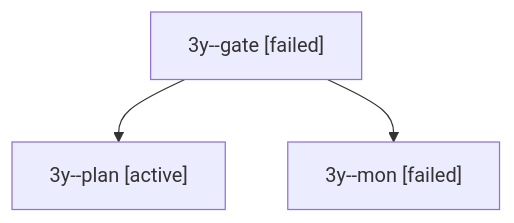
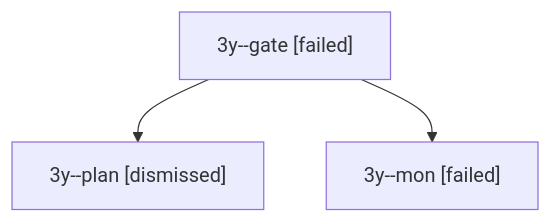
One commit to bobs-org/bob-cli--agents changed the diagram in sessions/bbugyi200.apollo.3y.md. Above: the diagram before and after it, drawn with Mermaid. The commit also changed other lines of this file and 48 other files, not shown here.

````diff
--- a/sessions/bbugyi200.apollo.3y.md
+++ b/sessions/bbugyi200.apollo.3y.md
@@ -9,8 +9,8 @@
 ```mermaid
 flowchart TD
   n0["3y--gate [failed]"]
-  n1["3y--plan [active]"]
+  n1["3y--plan [dismissed]"]
   n0 --> n1
   n2["3y--mon [failed]"]
   n0 --> n2
 ```
````
